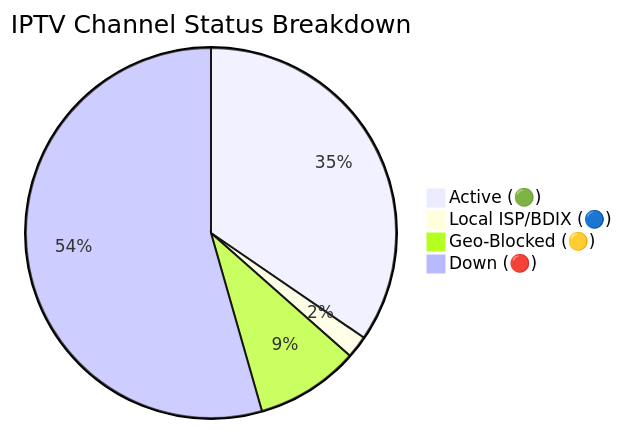
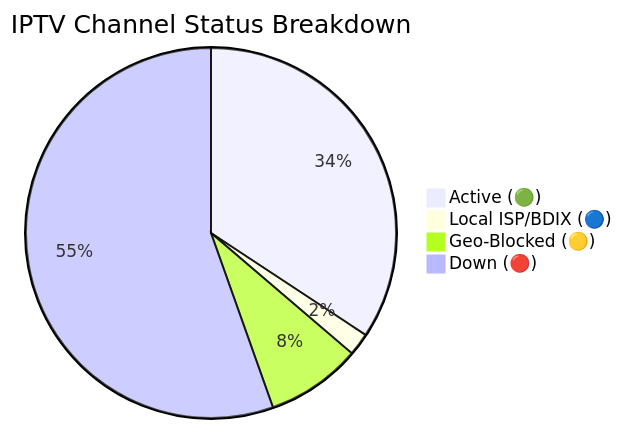
Before and after one commit to andreataylord/Ip-tv-Collection: the diagram in README.md, drawn with Mermaid. The commit also changed other lines of this file and 1 other file, not shown here.

Commit message:
docs(readme): auto-update daily channel status chart

````diff
--- a/README.md
+++ b/README.md
@@ -59,7 +59,7 @@
 ```mermaid
 pie title IPTV Channel Status Breakdown
-    "Active (🟢)" : 2244
+    "Active (🟢)" : 2226
     "Local ISP/BDIX (🔵)" : 128
-    "Geo-Blocked (🟡)" : 587
-    "Down (🔴)" : 3535
+    "Geo-Blocked (🟡)" : 540
+    "Down (🔴)" : 3600
 ```
````
